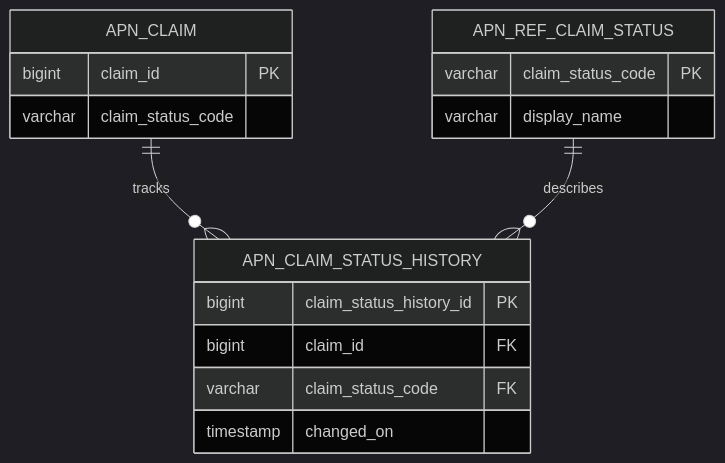
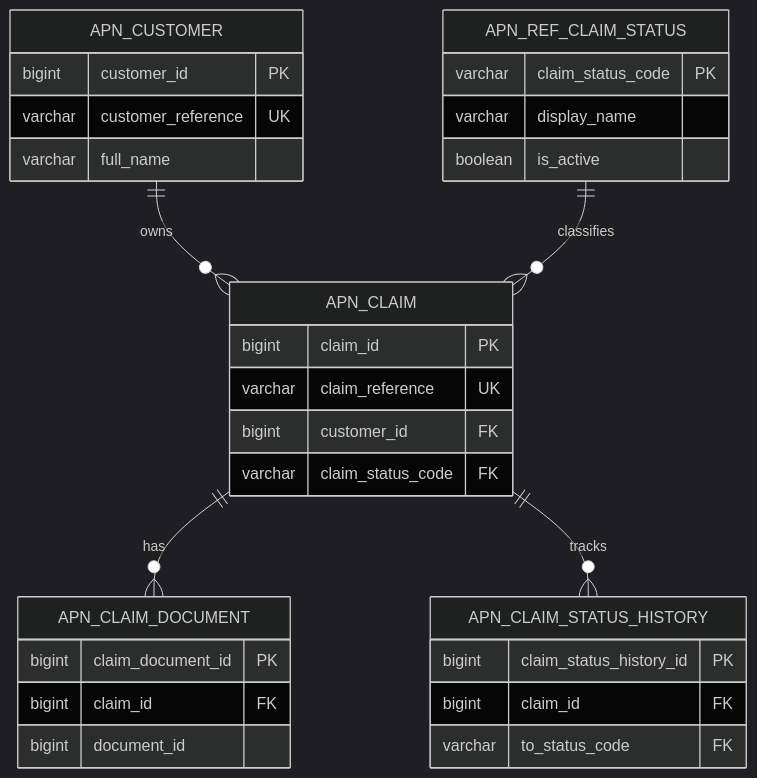
One commit to ankitBhaskar/appianTestCode changed the diagram in docs/appian-26-4/best-practices/Appian_Database_Best_Practices.md. Above: the diagram before and after it, drawn with Mermaid (dark theme). The commit also changed other lines of this file, not shown here.

````diff
--- a/docs/appian-26-4/best-practices/Appian_Database_Best_Practices.md
+++ b/docs/appian-26-4/best-practices/Appian_Database_Best_Practices.md
@@ -401,19 +397,38 @@
 ```mermaid
 erDiagram
+  APN_CUSTOMER ||--o{ APN_CLAIM : owns
+  APN_REF_CLAIM_STATUS ||--o{ APN_CLAIM : classifies
+  APN_CLAIM ||--o{ APN_CLAIM_DOCUMENT : has
   APN_CLAIM ||--o{ APN_CLAIM_STATUS_HISTORY : tracks
-  APN_REF_CLAIM_STATUS ||--o{ APN_CLAIM_STATUS_HISTORY : describes
+
+  APN_CUSTOMER {
+    bigint customer_id PK
+    varchar customer_reference UK
+    varchar full_name
+  }
+
   APN_CLAIM {
     bigint claim_id PK
-    varchar claim_status_code
+    varchar claim_reference UK
+    bigint customer_id FK
+    varchar claim_status_code FK
   }
+
+  APN_REF_CLAIM_STATUS {
+    varchar claim_status_code PK
+    varchar display_name
+    boolean is_active
+  }
+
+  APN_CLAIM_DOCUMENT {
+    bigint claim_document_id PK
+    bigint claim_id FK
+    bigint document_id
+  }
+
   APN_CLAIM_STATUS_HISTORY {
     bigint claim_status_history_id PK
     bigint claim_id FK
-    varchar claim_status_code FK
-    timestamp changed_on
-  }
-  APN_REF_CLAIM_STATUS {
-    varchar claim_status_code PK
-    varchar display_name
+    varchar to_status_code FK
   }
 ```
````
